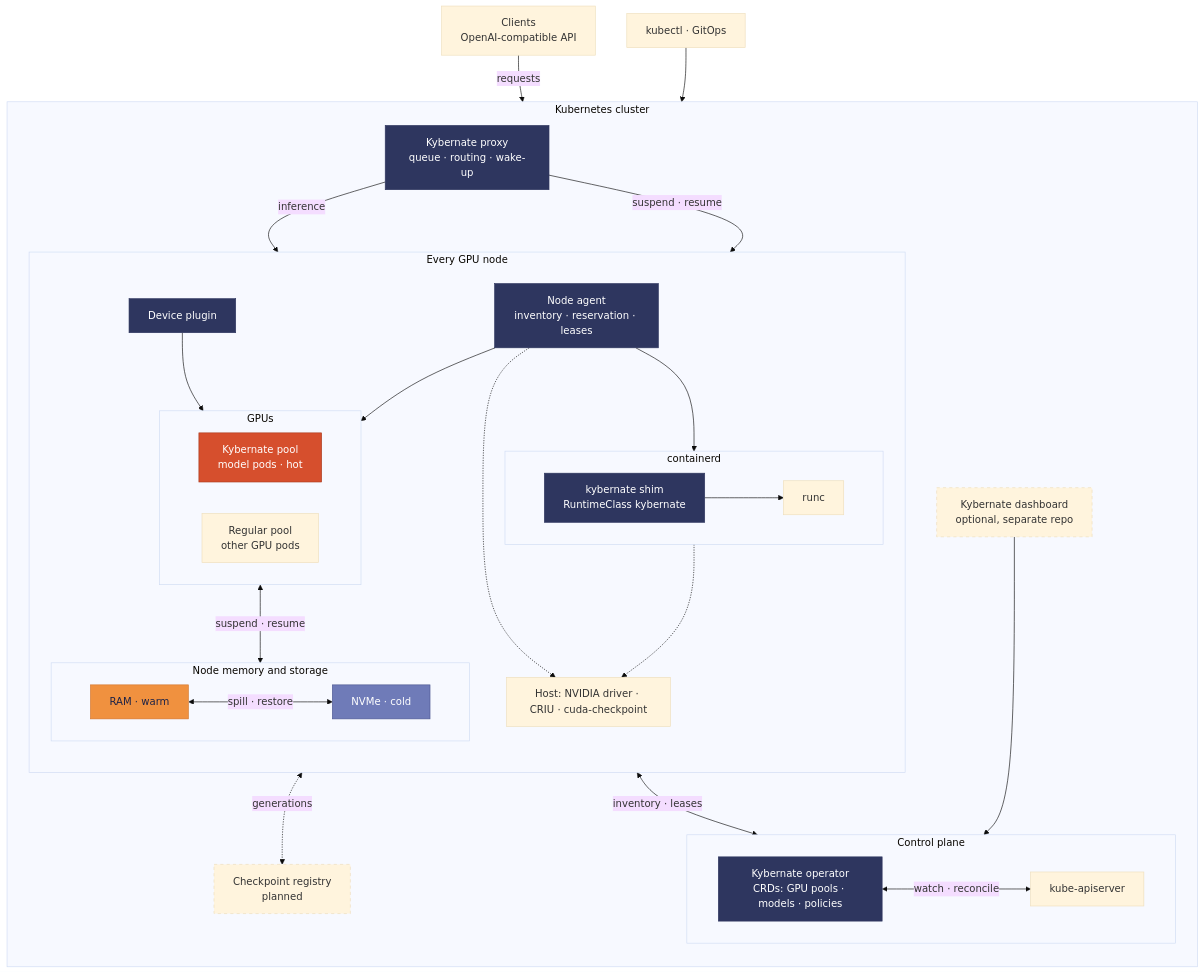
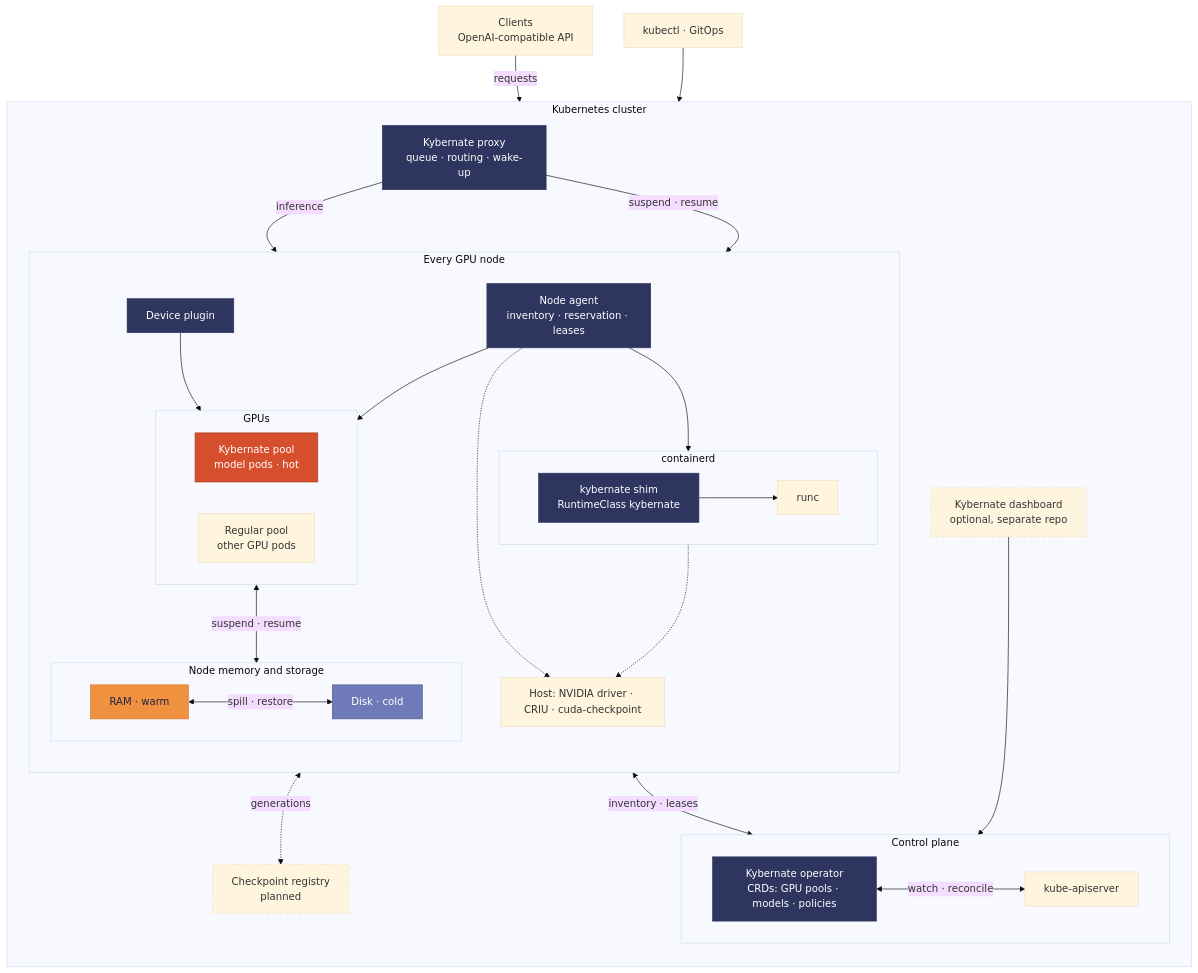
The first of 2 diagrams in README.md (kybernate/kybernate), drawn with Mermaid (base theme) before and after one commit. The commit also changed other lines of this file and 8 other files, not shown here.

````diff
--- a/README.md
+++ b/README.md
@@ -44,74 +44,74 @@
 ```mermaid
 flowchart TB
     clients["Clients<br/>OpenAI-compatible API"]
     admin["kubectl · GitOps"]
 
     subgraph cluster["Kubernetes cluster"]
         direction TB
 
         subgraph control["Control plane"]
             direction LR
             api["kube-apiserver"]
             operator["Kybernate operator<br/>CRDs: GPU pools · models · policies"]
         end
 
         proxy["Kybernate proxy<br/>queue · routing · wake-up"]
         dashboard["Kybernate dashboard<br/>optional, separate repo"]
 
         subgraph node["Every GPU node"]
             direction TB
             agent["Node agent<br/>inventory · reservation · leases"]
             deviceplugin["Device plugin"]
 
             subgraph runtime["containerd"]
                 direction LR
                 shim["kybernate shim<br/>RuntimeClass kybernate"]
                 runc["runc"]
             end
 
             tools["Host: NVIDIA driver · CRIU · cuda-checkpoint"]
 
             subgraph gpus["GPUs"]
                 direction LR
                 pool["Kybernate pool<br/>model pods · hot"]
                 regular["Regular pool<br/>other GPU pods"]
             end
 
             subgraph tiers["Node memory and storage"]
                 direction LR
                 ram["RAM · warm"]
-                nvme["NVMe · cold"]
+                disk["Disk · cold"]
             end
         end
 
         registry["Checkpoint registry<br/>planned"]
     end
 
     clients -->|requests| proxy
     admin --> api
     dashboard --> api
     operator <-->|watch · reconcile| api
     agent <-->|inventory · leases| api
     proxy -->|suspend · resume| agent
     proxy -->|inference| pool
     agent --> shim
     shim --> runc
     shim -.-> tools
     agent -.-> tools
     deviceplugin --> regular
     agent --> pool
     pool <-->|suspend · resume| ram
-    ram <-->|spill · restore| nvme
-    nvme <-.->|generations| registry
+    ram <-->|spill · restore| disk
+    disk <-.->|generations| registry
 
     classDef hot fill:#d64f2d,stroke:#a93a1e,color:#ffffff
     classDef warm fill:#f0913f,stroke:#d2732a,color:#1d2347
     classDef cold fill:#6f7bb8,stroke:#4b5690,color:#ffffff
     classDef kyb fill:#2e365f,stroke:#2e365f,color:#ffffff
     classDef planned stroke-dasharray: 5 5
     class pool hot
     class ram warm
-    class nvme cold
+    class disk cold
     class operator,proxy,agent,shim,deviceplugin kyb
     class dashboard,registry planned
 ```
````
